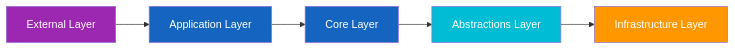
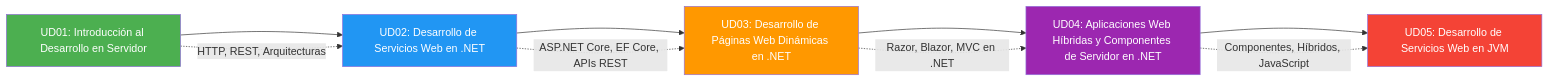
One commit to joseluisgs/DesarrolloWebEntornosServidor-02-2026-2027 changed the second of 2 diagrams in 32-resumen.md. Above: the diagram before and after it, drawn with Mermaid. The commit also changed other lines of this file, not shown here.

````diff
--- a/32-resumen.md
+++ b/32-resumen.md
@@ -355,14 +716,18 @@
 ```mermaid
-flowchart LR
-    direction LR
-    E["External Layer"] --> A["Application Layer"]
-    A --> C["Core Layer"]
-    C --> I["Abstractions Layer"]
-    I --> IN["Infrastructure Layer"]
-    
-    style E fill:#9C27B0,color:#fff
-    style A fill:#1565C0,color:#fff
-    style C fill:#1565C0,color:#fff
-    style I fill:#00BCD4,color:#fff
-    style IN fill:#FF9800,color:#fff
+graph LR
+    UD01[UD01: Introducción al Desarrollo en Servidor] --> UD02[UD02: Desarrollo de Servicios Web en .NET]
+    UD02 --> UD03[UD03: Desarrollo de Páginas Web Dinámicas en .NET]
+    UD03 --> UD04[UD04: Aplicaciones Web Híbridas y Componentes de Servidor en .NET]
+    UD04 --> UD05[UD05: Desarrollo de Servicios Web en JVM]
+
+    UD01 -.->|HTTP, REST, Arquitecturas| UD02
+    UD02 -.->|ASP.NET Core, EF Core, APIs REST| UD03
+    UD03 -.->|Razor, Blazor, MVC en .NET| UD04
+    UD04 -.->|Componentes, Híbridos, JavaScript| UD05
+
+    style UD01 fill:#4CAF50,color:#fff
+    style UD02 fill:#2196F3,color:#fff
+    style UD03 fill:#FF9800,color:#fff
+    style UD04 fill:#9C27B0,color:#fff
+    style UD05 fill:#f44336,color:#fff
 ```
````
